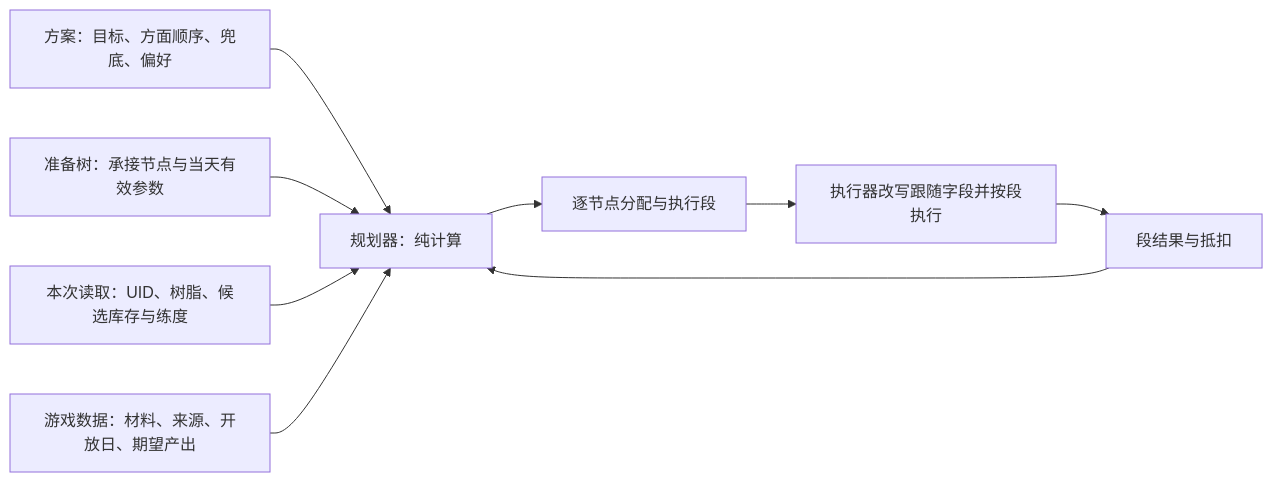
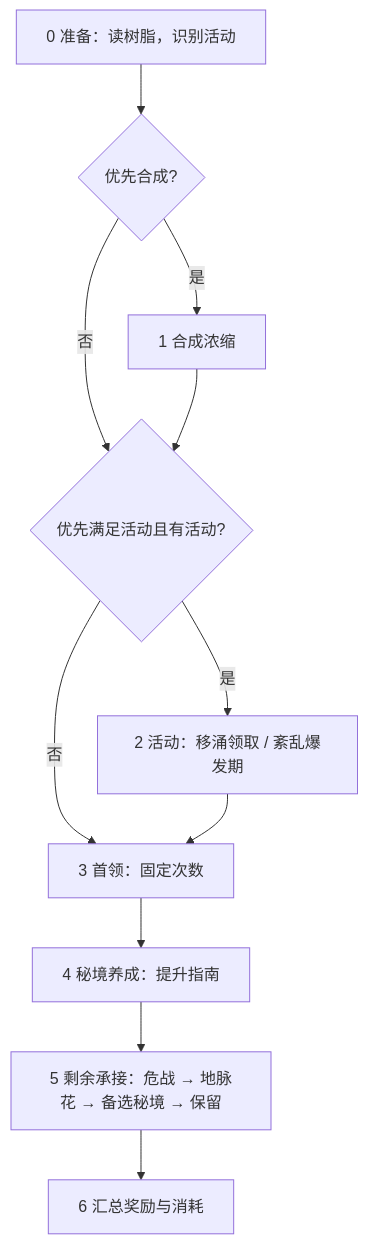
The first of 2 diagrams in Docs/design/pulonia/proposals/resin-plan.md (babalae/better-genshin-impact), drawn with Mermaid before and after one commit. The commit also changed other lines of this file and 44 other files, not shown here.

````diff
--- a/Docs/design/pulonia/proposals/resin-plan.md
+++ b/Docs/design/pulonia/proposals/resin-plan.md
@@ -50,11 +99,13 @@
 ```mermaid
-flowchart LR
-    A[方案：目标、方面顺序、兜底、偏好] --> P[规划器：纯计算]
-    B[准备树：承接节点与当天有效参数] --> P
-    C[本次读取：UID、树脂、候选库存与练度] --> P
-    D[游戏数据：材料、来源、开放日、期望产出] --> P
-    P --> E[逐节点分配与执行段]
-    E --> F[执行器改写跟随字段并按段执行]
-    F --> G[段结果与抵扣]
-    G --> P
+flowchart TD
+    P[0 准备：读树脂，识别活动] --> C{优先合成?}
+    C -- 是 --> C1[1 合成浓缩]
+    C -- 否 --> E
+    C1 --> E{优先满足活动且有活动?}
+    E -- 是 --> E1[2 活动：移涌领取 / 紊乱爆发期]
+    E -- 否 --> B
+    E1 --> B[3 首领：固定次数]
+    B --> D[4 秘境养成：提升指南]
+    D --> R[5 剩余承接：危战 → 地脉花 → 备选秘境 → 保留]
+    R --> S[6 汇总奖励与消耗]
 ```
````
